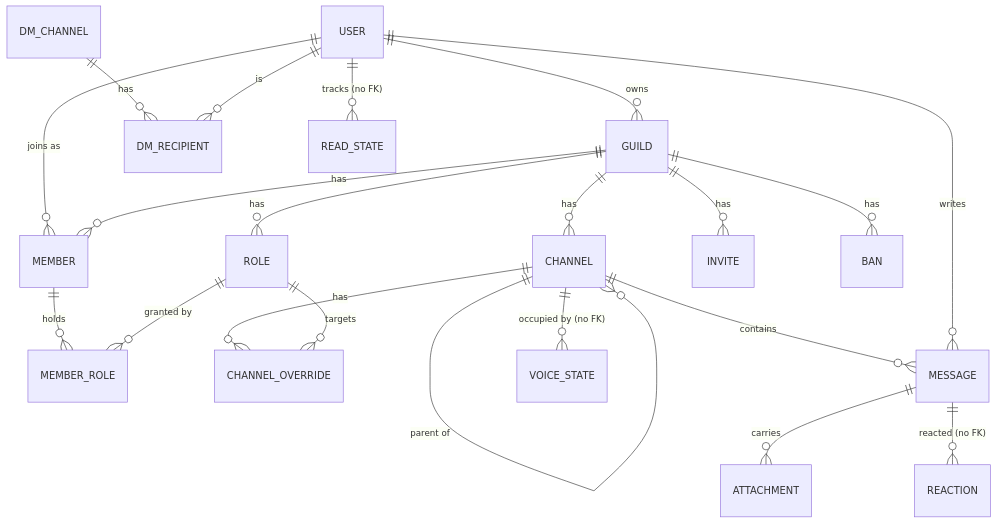
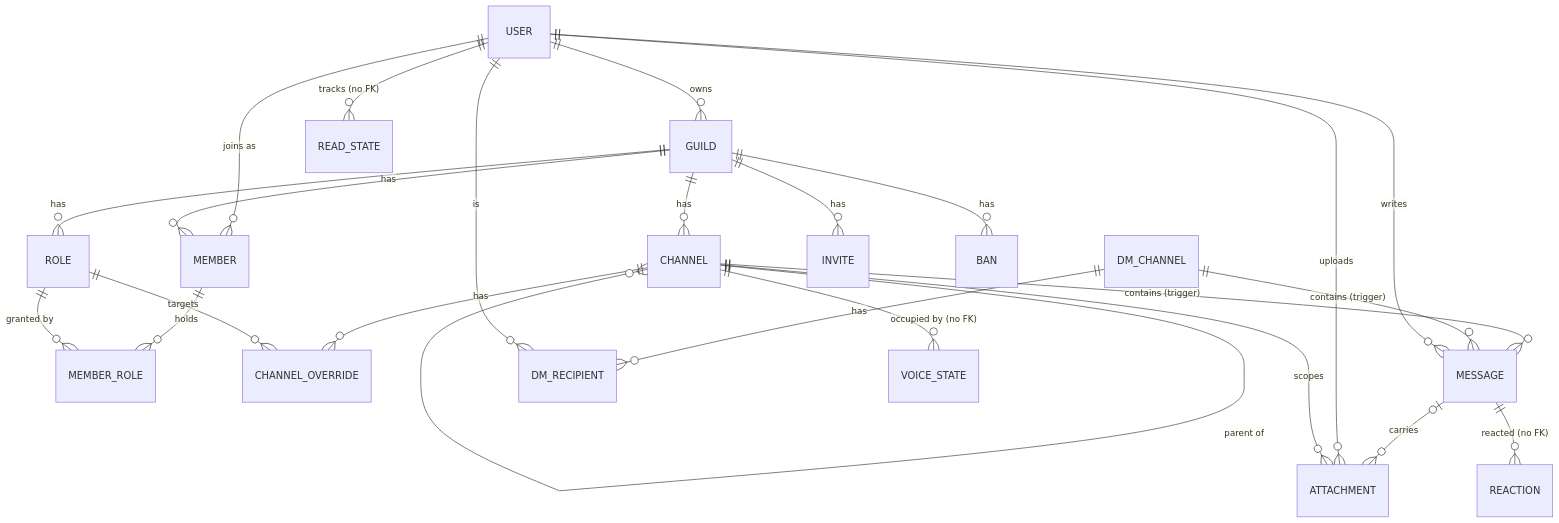
Before and after one commit to LLRHook/retrocast: the diagram in docs/DATA_CONTRACTS.md, drawn with Mermaid. The commit also changed other lines of this file and 29 other files, not shown here.

````diff
--- a/docs/DATA_CONTRACTS.md
+++ b/docs/DATA_CONTRACTS.md
@@ -45,23 +45,26 @@
 ```mermaid
 erDiagram
   USER ||--o{ GUILD : owns
   USER ||--o{ MEMBER : "joins as"
   GUILD ||--o{ MEMBER : has
   GUILD ||--o{ CHANNEL : has
   GUILD ||--o{ ROLE : has
   MEMBER ||--o{ MEMBER_ROLE : holds
   ROLE ||--o{ MEMBER_ROLE : "granted by"
   CHANNEL ||--o{ CHANNEL_OVERRIDE : has
   ROLE ||--o{ CHANNEL_OVERRIDE : targets
   CHANNEL ||--o{ CHANNEL : "parent of"
-  CHANNEL ||--o{ MESSAGE : contains
+  CHANNEL ||--o{ MESSAGE : "contains (trigger)"
+  DM_CHANNEL ||--o{ MESSAGE : "contains (trigger)"
   USER ||--o{ MESSAGE : writes
-  MESSAGE ||--o{ ATTACHMENT : carries
+  MESSAGE |o--o{ ATTACHMENT : carries
+  USER ||--o{ ATTACHMENT : uploads
+  CHANNEL ||--o{ ATTACHMENT : scopes
   GUILD ||--o{ INVITE : has
   GUILD ||--o{ BAN : has
   DM_CHANNEL ||--o{ DM_RECIPIENT : has
   USER ||--o{ DM_RECIPIENT : "is"
   MESSAGE ||--o{ REACTION : "reacted (no FK)"
   USER ||--o{ READ_STATE : "tracks (no FK)"
   CHANNEL ||--o{ VOICE_STATE : "occupied by (no FK)"
 ```
````
